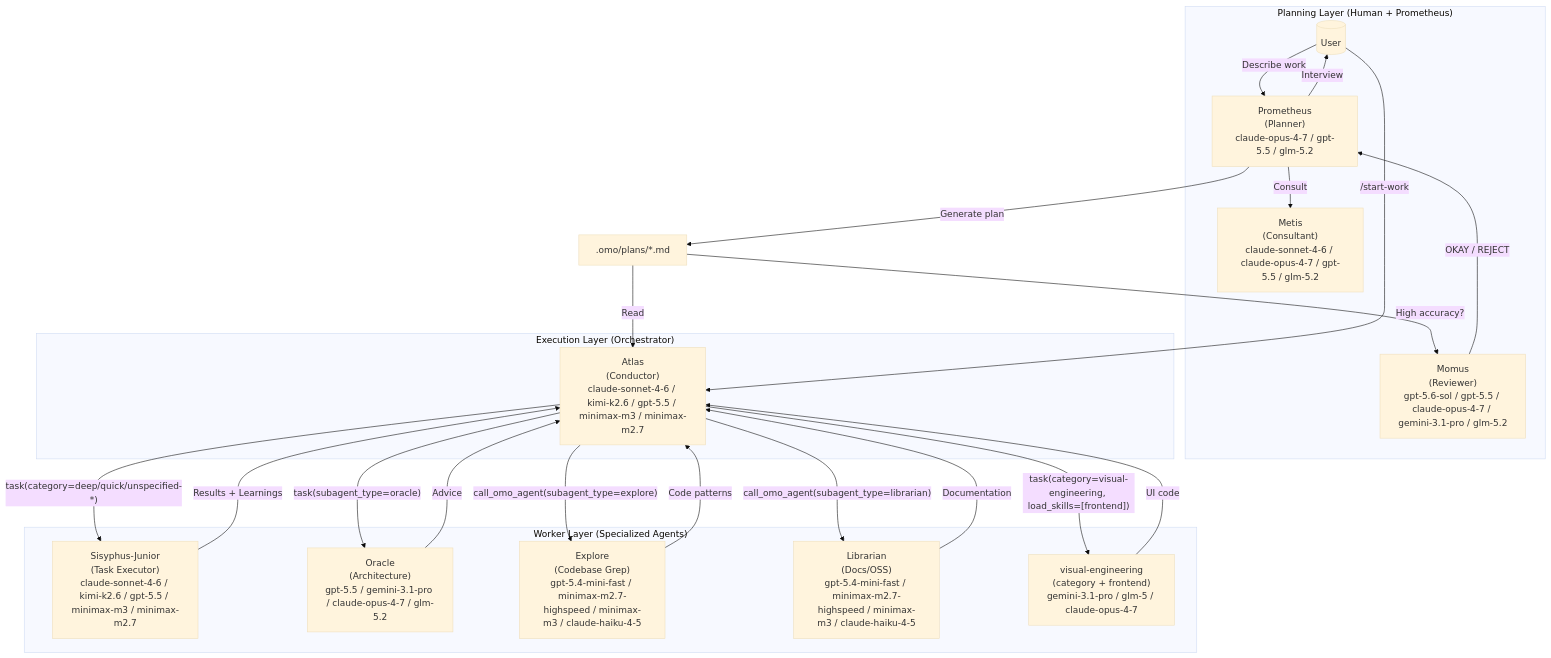
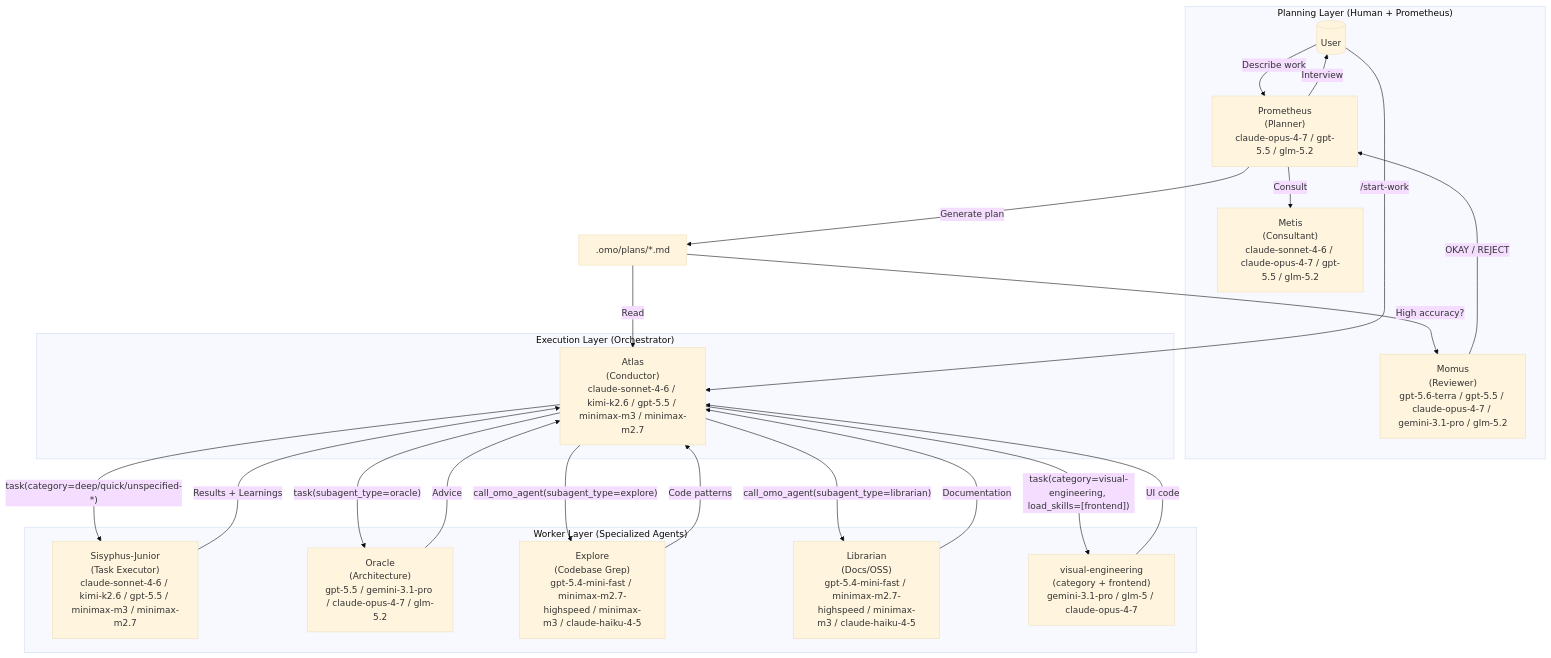
One commit to gabrielmoreira/agent-skills-mirror changed the first of 3 diagrams in mirrors/repos/code-yeongyu@oh-my-openagent/docs/guide/orchestration.md. Above: the diagram before and after it, drawn with Mermaid (base theme). The commit also changed other lines of this file and 8886 other files, not shown here.

````diff
--- a/mirrors/repos/code-yeongyu@oh-my-openagent/docs/guide/orchestration.md
+++ b/mirrors/repos/code-yeongyu@oh-my-openagent/docs/guide/orchestration.md
@@ -34,43 +34,43 @@
 ```mermaid
 flowchart TB
     subgraph Planning["Planning Layer (Human + Prometheus)"]
         User[(" User")]
         Prometheus[" Prometheus<br/>(Planner)<br/>claude-opus-4-7 / gpt-5.5 / glm-5.2"]
         Metis[" Metis<br/>(Consultant)<br/>claude-sonnet-4-6 / claude-opus-4-7 / gpt-5.5 / glm-5.2"]
-        Momus[" Momus<br/>(Reviewer)<br/>gpt-5.6-sol / gpt-5.5 / claude-opus-4-7 / gemini-3.1-pro / glm-5.2"]
+        Momus[" Momus<br/>(Reviewer)<br/>gpt-5.6-terra / gpt-5.5 / claude-opus-4-7 / gemini-3.1-pro / glm-5.2"]
     end
 
     subgraph Execution["Execution Layer (Orchestrator)"]
         Orchestrator[" Atlas<br/>(Conductor)<br/>claude-sonnet-4-6 / kimi-k2.6 / gpt-5.5 / minimax-m3 / minimax-m2.7"]
     end
 
     subgraph Workers["Worker Layer (Specialized Agents)"]
         Junior[" Sisyphus-Junior<br/>(Task Executor)<br/>claude-sonnet-4-6 / kimi-k2.6 / gpt-5.5 / minimax-m3 / minimax-m2.7"]
         Oracle[" Oracle<br/>(Architecture)<br/>gpt-5.5 / gemini-3.1-pro / claude-opus-4-7 / glm-5.2"]
         Explore[" Explore<br/>(Codebase Grep)<br/>gpt-5.4-mini-fast / minimax-m2.7-highspeed / minimax-m3 / claude-haiku-4-5"]
         Librarian[" Librarian<br/>(Docs/OSS)<br/>gpt-5.4-mini-fast / minimax-m2.7-highspeed / minimax-m3 / claude-haiku-4-5"]
         Frontend[" visual-engineering<br/>(category + frontend)<br/>gemini-3.1-pro / glm-5 / claude-opus-4-7"]
     end
 
     User -->|"Describe work"| Prometheus
     Prometheus -->|"Consult"| Metis
     Prometheus -->|"Interview"| User
     Prometheus -->|"Generate plan"| Plan[".omo/plans/*.md"]
     Plan -->|"High accuracy?"| Momus
     Momus -->|"OKAY / REJECT"| Prometheus
 
     User -->|"/start-work"| Orchestrator
     Plan -->|"Read"| Orchestrator
 
     Orchestrator -->|"task(category=deep/quick/unspecified-*)"| Junior
     Orchestrator -->|"task(subagent_type=oracle)"| Oracle
     Orchestrator -->|"call_omo_agent(subagent_type=explore)"| Explore
     Orchestrator -->|"call_omo_agent(subagent_type=librarian)"| Librarian
     Orchestrator -->|"task(category=visual-engineering, load_skills=[frontend])"| Frontend
 
     Junior -->|"Results + Learnings"| Orchestrator
     Oracle -->|"Advice"| Orchestrator
     Explore -->|"Code patterns"| Orchestrator
     Librarian -->|"Documentation"| Orchestrator
     Frontend -->|"UI code"| Orchestrator
 ```
````
